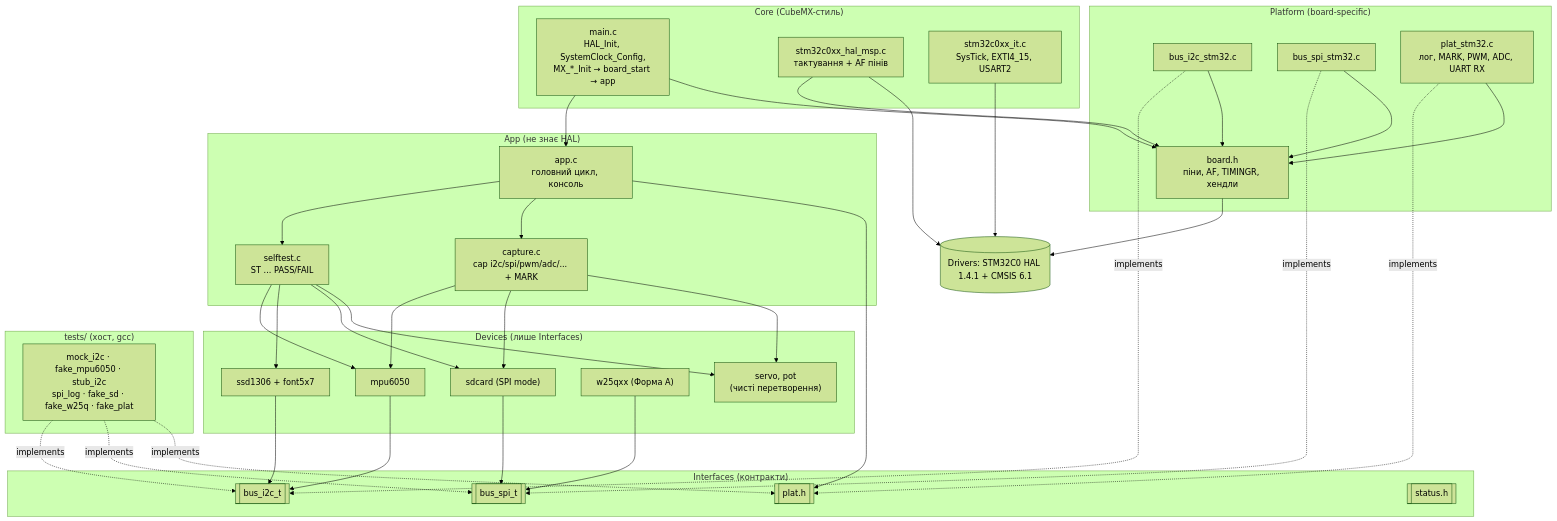
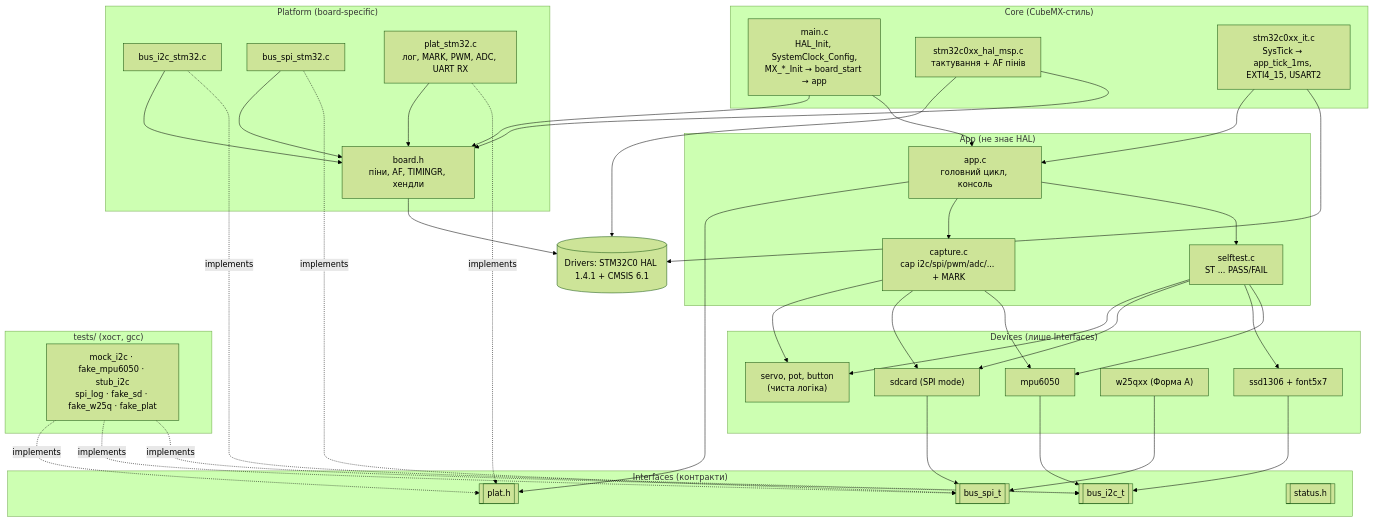
One commit to NightcoreBomb/repo changed the diagram in docs/architecture.md. Above: the diagram before and after it, drawn with Mermaid (forest theme). The commit also changed other lines of this file and 19 other files, not shown here.

Commit message:
fix(button): stability-based debounce (50 ms, 1 kHz sampling) — release bounce was counted as a 2nd press; EXTI only counts raw edges; tests incl. reproduction of the old algorithm and FR-06 acceptance (P-12)

````diff
--- a/docs/architecture.md
+++ b/docs/architecture.md
@@ -108,53 +108,54 @@
 ```mermaid
 flowchart TB
   subgraph Core["Core (CubeMX-стиль)"]
     MAIN["main.c<br/>HAL_Init, SystemClock_Config,<br/>MX_*_Init → board_start → app"]
     MSP["stm32c0xx_hal_msp.c<br/>тактування + AF пінів"]
-    IT["stm32c0xx_it.c<br/>SysTick, EXTI4_15, USART2"]
+    IT["stm32c0xx_it.c<br/>SysTick → app_tick_1ms, EXTI4_15, USART2"]
   end
   subgraph App["App (не знає HAL)"]
     APP["app.c<br/>головний цикл, консоль"]
     ST["selftest.c<br/>ST ... PASS/FAIL"]
     CAP["capture.c<br/>cap i2c/spi/pwm/adc/... + MARK"]
   end
   subgraph Devices["Devices (лише Interfaces)"]
     MPU["mpu6050"]
     OLED["ssd1306 + font5x7"]
     SD["sdcard (SPI mode)"]
     W25["w25qxx (Форма A)"]
-    CONV["servo, pot<br/>(чисті перетворення)"]
+    CONV["servo, pot, button<br/>(чиста логіка)"]
   end
   subgraph Interfaces["Interfaces (контракти)"]
     BI2C[["bus_i2c_t"]]
     BSPI[["bus_spi_t"]]
     PLAT[["plat.h"]]
     STAT[["status.h"]]
   end
   subgraph Platform["Platform (board-specific)"]
     BOARD["board.h<br/>піни, AF, TIMINGR, хендли"]
     PI2C["bus_i2c_stm32.c"]
     PSPI["bus_spi_stm32.c"]
     PPLAT["plat_stm32.c<br/>лог, MARK, PWM, ADC, UART RX"]
   end
   HAL[("Drivers: STM32C0 HAL 1.4.1 + CMSIS 6.1")]
   subgraph Tests["tests/ (хост, gcc)"]
     DBL["mock_i2c · fake_mpu6050 · stub_i2c<br/>spi_log · fake_sd · fake_w25q · fake_plat"]
   end
 
   MAIN --> APP
   MAIN --> BOARD
   MSP --> BOARD
   APP --> ST & CAP
   ST --> MPU & OLED & SD & CONV
   CAP --> MPU & SD & CONV
   APP --> PLAT
   MPU & OLED --> BI2C
   SD & W25 --> BSPI
   PI2C -. implements .-> BI2C
   PSPI -. implements .-> BSPI
   PPLAT -. implements .-> PLAT
   PI2C & PSPI & PPLAT --> BOARD
   BOARD --> HAL
   MSP & IT --> HAL
+  IT --> APP
   DBL -. implements .-> BI2C & BSPI & PLAT
 ```
````
